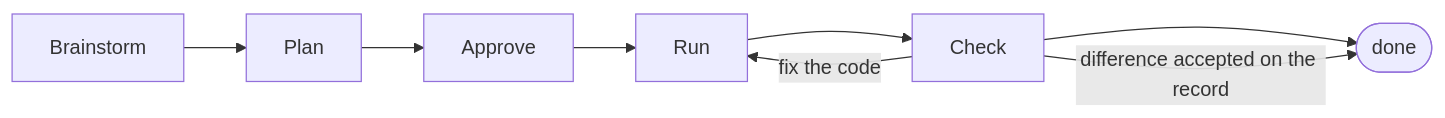
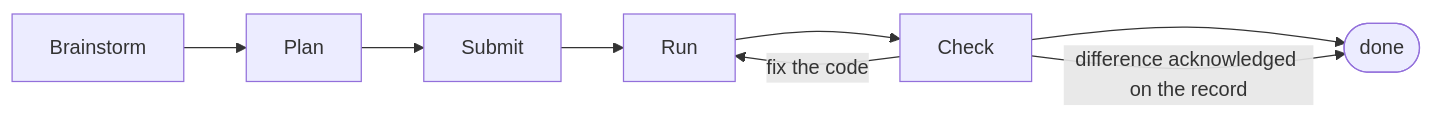
The diagram in README.md (until-dev/plugins), drawn with Mermaid before and after one commit. The commit also changed other lines of this file and 9 other files, not shown here.

````diff
--- a/README.md
+++ b/README.md
@@ -27,6 +40,6 @@
 ```mermaid
 flowchart LR
-    B[Brainstorm] --> P[Plan] --> A[Approve] --> R[Run] --> C[Check] --> D([done])
+    B[Brainstorm] --> P[Plan] --> S[Submit] --> R[Run] --> C[Check] --> D([done])
     C -->|fix the code| R
-    C -->|difference accepted on the record| D
+    C -->|difference acknowledged on the record| D
 ```
````
